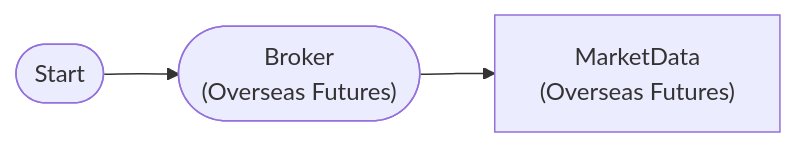
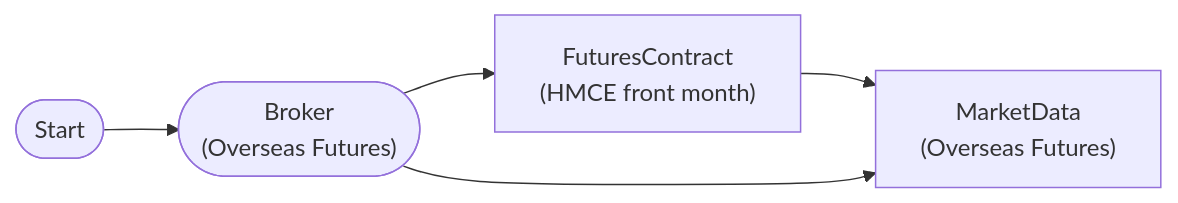
The diagram in src/programgarden/examples/workflows/04-market-futures-quote.md (programgarden/programgarden), drawn with Mermaid before and after one commit. The commit also changed other lines of this file and 43 other files, not shown here.

First line of the commit message:
feat(futures): 월물 하드코딩 근본 제거 — FuturesContractNode 신설 + 예제 16건 전환

````diff
--- a/src/programgarden/examples/workflows/04-market-futures-quote.md
+++ b/src/programgarden/examples/workflows/04-market-futures-quote.md
@@ -7,10 +7,14 @@
 ```mermaid
 graph LR
     start(["Start"])
     broker(["Broker
 (Overseas Futures)"])
+    contract["FuturesContract
+(HMCE front month)"]
     market["MarketData
 (Overseas Futures)"]
     start --> broker
+    broker --> contract
+    contract --> market
     broker --> market
 ```
````
